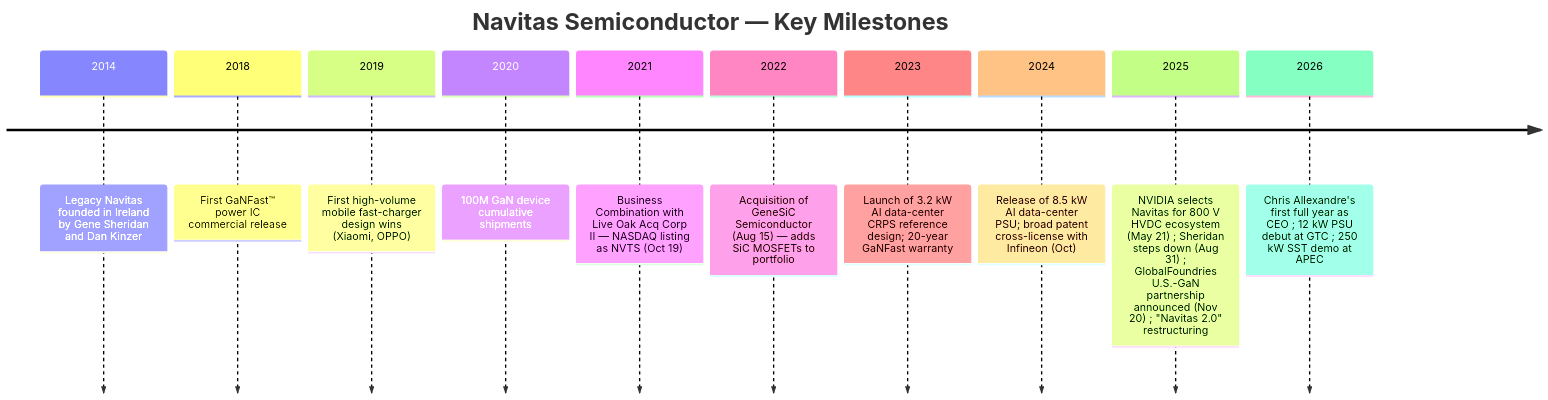
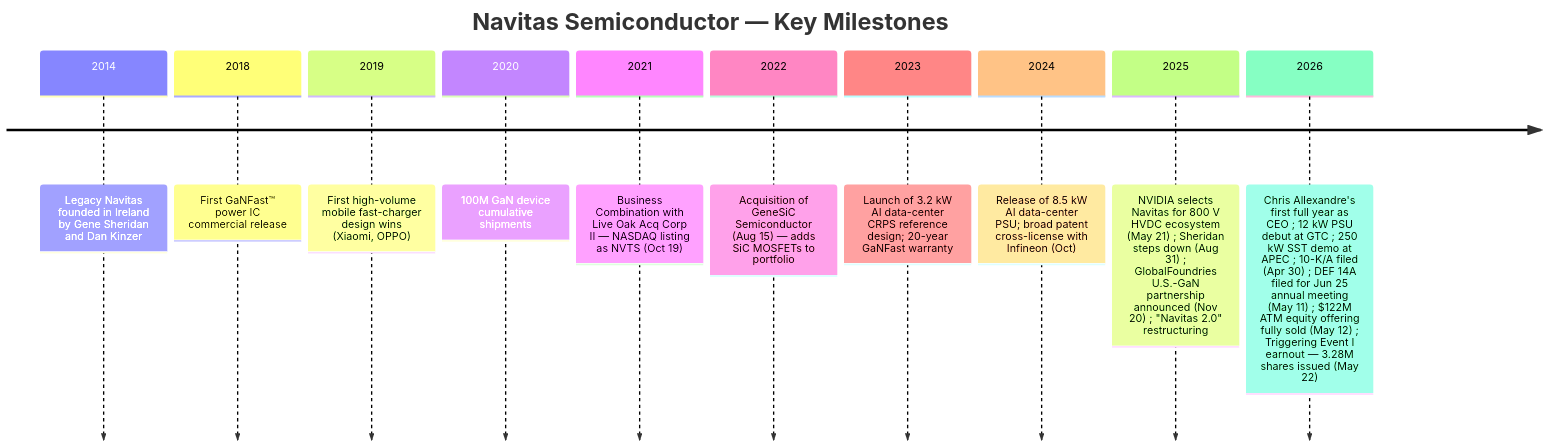
Before and after one commit to dadachundan/financial_agent: the first of 4 diagrams in reports/company/Navitas_NASDAQ_NVTS/Navitas_NASDAQ_NVTS_Research_Document.md, drawn with Mermaid. The commit also changed other lines of this file and 1 other file, not shown here.

````diff
--- a/reports/company/Navitas_NASDAQ_NVTS/Navitas_NASDAQ_NVTS_Research_Document.md
+++ b/reports/company/Navitas_NASDAQ_NVTS/Navitas_NASDAQ_NVTS_Research_Document.md
@@ -50,14 +52,14 @@
 ```mermaid
 timeline
         title Navitas Semiconductor — Key Milestones
         2014 : Legacy Navitas founded in Ireland by Gene Sheridan and Dan Kinzer
         2018 : First GaNFast™ power IC commercial release
         2019 : First high-volume mobile fast-charger design wins (Xiaomi, OPPO)
         2020 : 100M GaN device cumulative shipments
         2021 : Business Combination with Live Oak Acq Corp II — NASDAQ listing as NVTS (Oct 19)
         2022 : Acquisition of GeneSiC Semiconductor (Aug 15) — adds SiC MOSFETs to portfolio
         2023 : Launch of 3.2 kW AI data-center CRPS reference design; 20-year GaNFast warranty
         2024 : Release of 8.5 kW AI data-center PSU; broad patent cross-license with Infineon (Oct)
         2025 : NVIDIA selects Navitas for 800 V HVDC ecosystem (May 21) ; Sheridan steps down (Aug 31) ; GlobalFoundries U.S.-GaN partnership announced (Nov 20) ; "Navitas 2.0" restructuring
-        2026 : Chris Allexandre's first full year as CEO ; 12 kW PSU debut at GTC ; 250 kW SST demo at APEC
+        2026 : Chris Allexandre's first full year as CEO ; 12 kW PSU debut at GTC ; 250 kW SST demo at APEC ; 10-K/A filed (Apr 30) ; DEF 14A filed for Jun 25 annual meeting (May 11) ; $122M ATM equity offering fully sold (May 12) ; Triggering Event I earnout — 3.28M shares issued (May 22)
 ```
````
